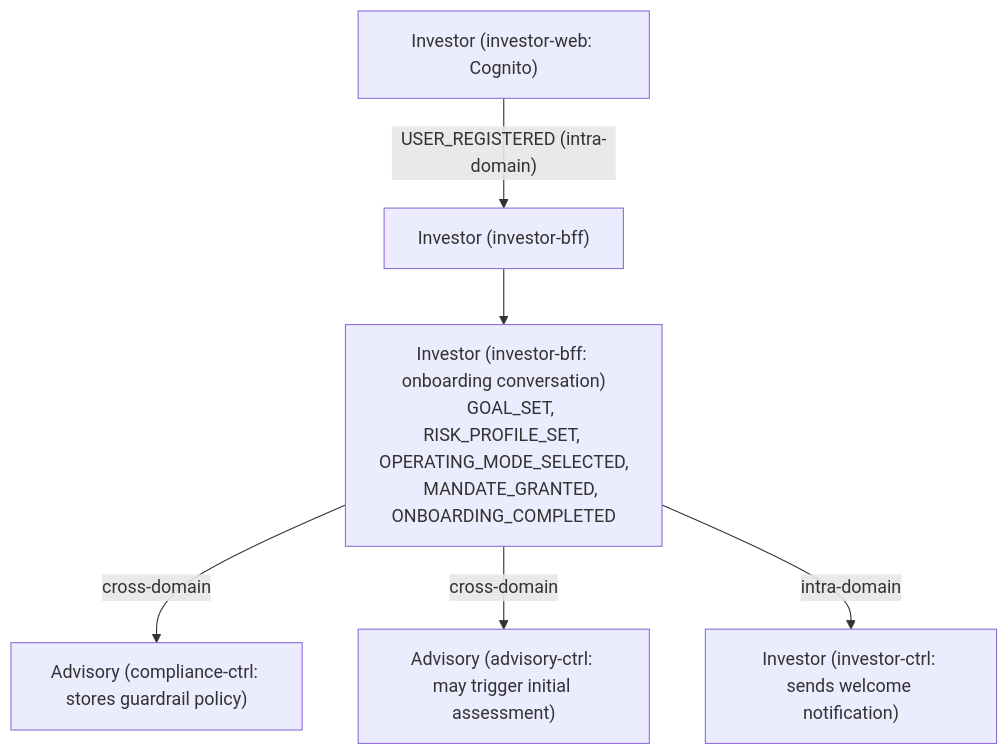
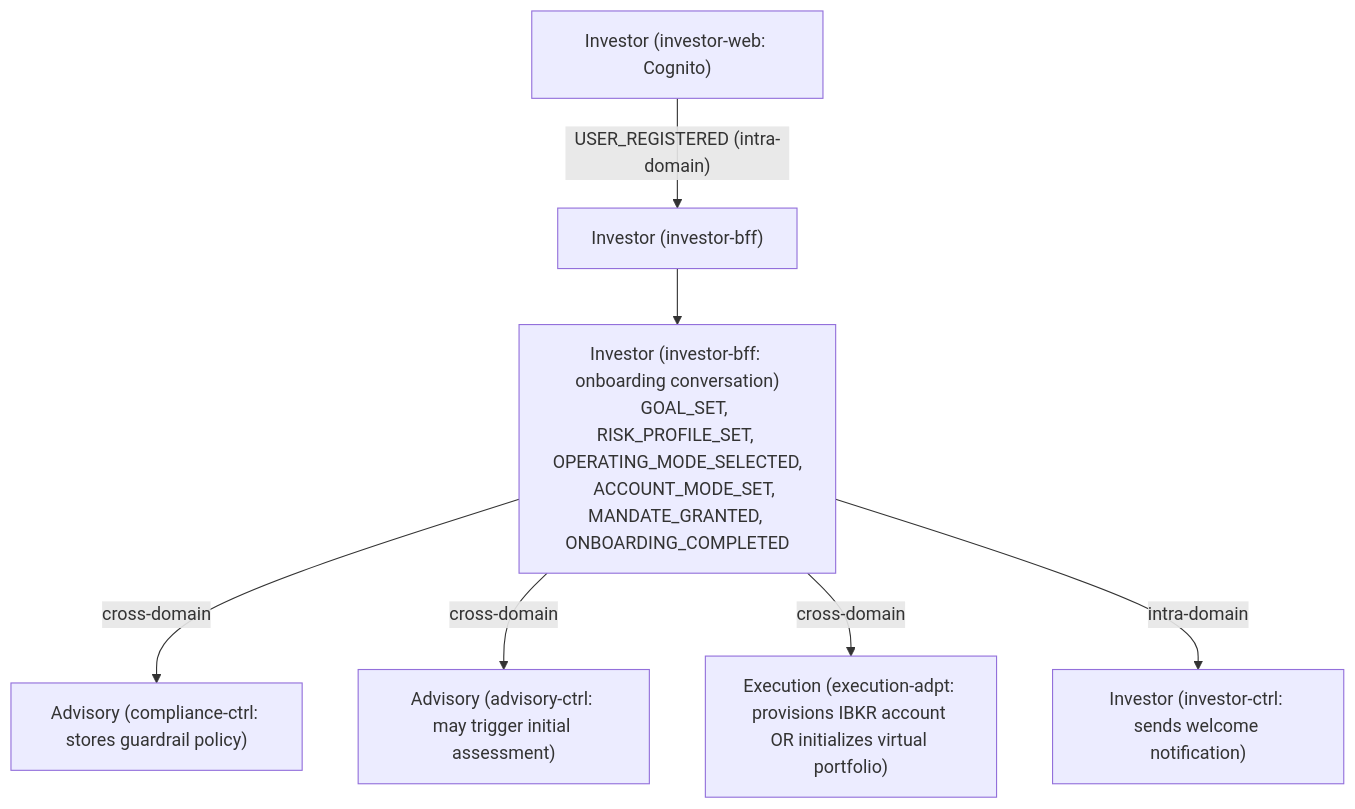
The second of 10 diagrams in specifications/04-service-decomposition/event-flows.md (fabio-vitali/nestfolio), drawn with Mermaid before and after one commit. The commit also changed other lines of this file and 17 other files, not shown here.

````diff
--- a/specifications/04-service-decomposition/event-flows.md
+++ b/specifications/04-service-decomposition/event-flows.md
@@ -82,10 +82,11 @@
 ```mermaid
 flowchart TD
     REG["Investor (investor-web: Cognito)"] -->|"USER_REGISTERED (intra-domain)"| BFF["Investor (investor-bff)"]
     BFF --> ONB["Investor (investor-bff: onboarding conversation)
     GOAL_SET, RISK_PROFILE_SET, OPERATING_MODE_SELECTED,
-    MANDATE_GRANTED, ONBOARDING_COMPLETED"]
+    ACCOUNT_MODE_SET, MANDATE_GRANTED, ONBOARDING_COMPLETED"]
     ONB -->|cross-domain| COMP["Advisory (compliance-ctrl: stores guardrail policy)"]
     ONB -->|cross-domain| ADV["Advisory (advisory-ctrl: may trigger initial assessment)"]
+    ONB -->|cross-domain| EXEC["Execution (execution-adpt: provisions IBKR account OR initializes virtual portfolio)"]
     ONB -->|intra-domain| NOTIF["Investor (investor-ctrl: sends welcome notification)"]
 ```
````
